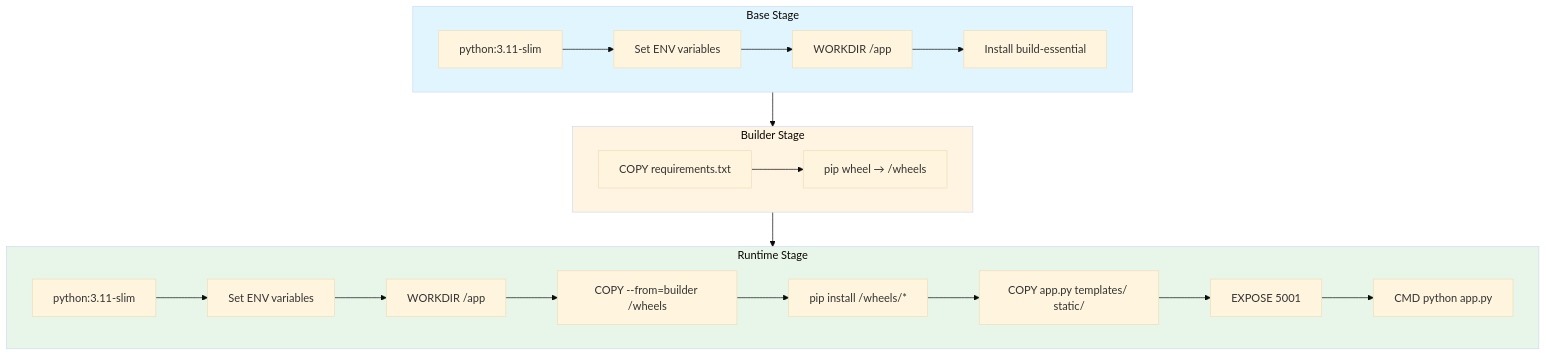
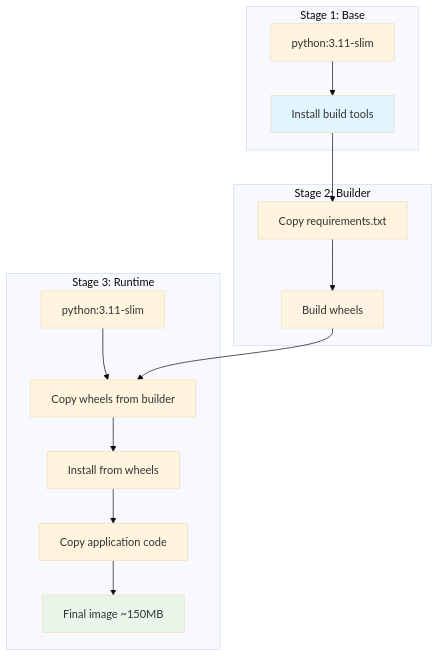
The sixth of 6 diagrams in Readme.md (githuber20202/JB-PROJECT), drawn with Mermaid (base theme) before and after one commit. The commit also changed other lines of this file, not shown here.

````diff
--- a/Readme.md
+++ b/Readme.md
@@ -611,28 +844,24 @@
 ```mermaid
-flowchart TB
-    subgraph base["Base Stage"]
-        a1[python:3.11-slim] --> a2[Set ENV variables]
-        a2 --> a3[WORKDIR /app]
-        a3 --> a4[Install build-essential]
+graph TB
+    subgraph "Stage 1: Base"
+        A1[python:3.11-slim] --> A2[Install build tools]
     end
     
-    subgraph builder["Builder Stage"]
-        b1[COPY requirements.txt] --> b2[pip wheel → /wheels]
+    subgraph "Stage 2: Builder"
+        B1[Copy requirements.txt] --> B2[Build wheels]
     end
     
-    subgraph runtime["Runtime Stage"]
-        c1[python:3.11-slim] --> c2[Set ENV variables]
-        c2 --> c3[WORKDIR /app]
-        c3 --> c4[COPY --from=builder /wheels]
-        c4 --> c5[pip install /wheels/*]
-        c5 --> c6[COPY app.py templates/ static/]
-        c6 --> c7[EXPOSE 5001]
-        c7 --> c8[CMD python app.py]
+    subgraph "Stage 3: Runtime"
+        C1[python:3.11-slim] --> C2[Copy wheels from builder]
+        C2 --> C3[Install from wheels]
+        C3 --> C4[Copy application code]
+        C4 --> C5[Final image ~150MB]
     end
     
-    base --> builder --> runtime
+    A2 --> B1
+    B2 --> C2
     
-    style base fill:#e1f5ff
-    style builder fill:#fff4e1
-    style runtime fill:#e8f5e9
+    style A2 fill:#e1f5ff
+    style B2 fill:#fff4e1
+    style C5 fill:#e8f5e9
 ```
````
